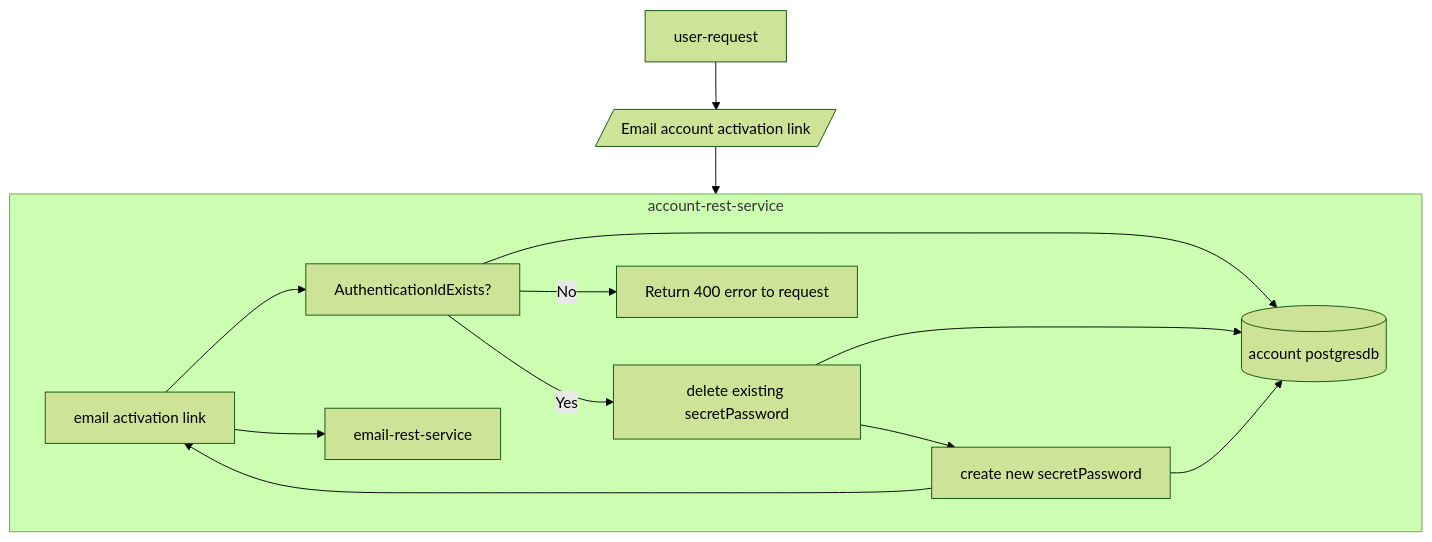
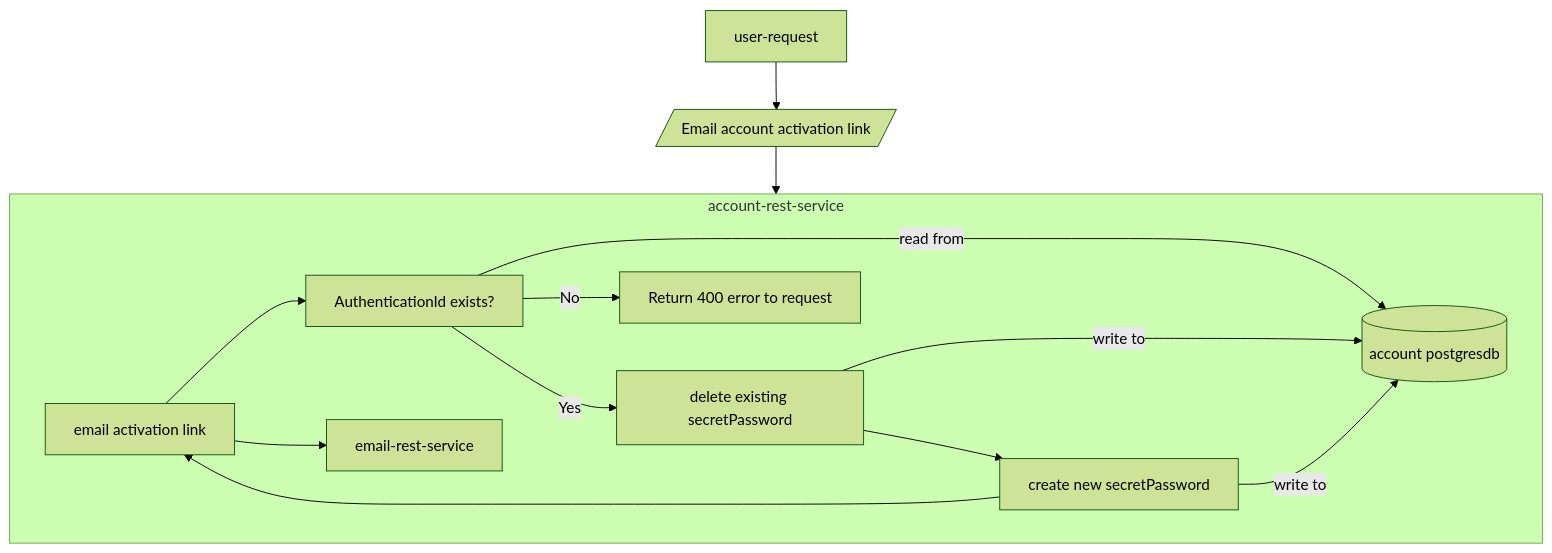
The third of 8 diagrams in README.md (sonamsamdupkhangsar/account-rest-service), drawn with Mermaid (forest theme) before and after one commit.

````diff
--- a/README.md
+++ b/README.md
@@ -110,16 +110,16 @@
 ```mermaid
 flowchart TD
-  User[user-request] -->EmailActivationLink[/Email account activation link/]--> account-rest-service
+  User[user-request] -->UserEmailActivationLink[/Email account activation link/]--> account-rest-service
   
   subgraph account-rest-service
-  emailActivationLink --> validateAuthenticationIdExists["AuthenticationIdExists?"]
-  validateAuthenticationIdExists --> accountDb[(account postgresdb)]
+  emailActivationLink --> validateAuthenticationIdExists["AuthenticationId exists?"]
+  validateAuthenticationIdExists --"read from"--> accountDb[(account postgresdb)]
   validateAuthenticationIdExists -->|Yes| deleteAnySecretPassword["delete existing secretPassword"]
-  deleteAnySecretPassword --> accountDb
+  deleteAnySecretPassword --"write to"--> accountDb
   validateAuthenticationIdExists -->|No| ReturnError[Return 400 error to request]
   deleteAnySecretPassword --> createNewSecretPassword["create new secretPassword"]
-  createNewSecretPassword --> accountDb
+  createNewSecretPassword --"write to"--> accountDb
   createNewSecretPassword --> emailActivationLink["email activation link"]
   emailActivationLink --> email-rest-service    
   end              
 ```
````
